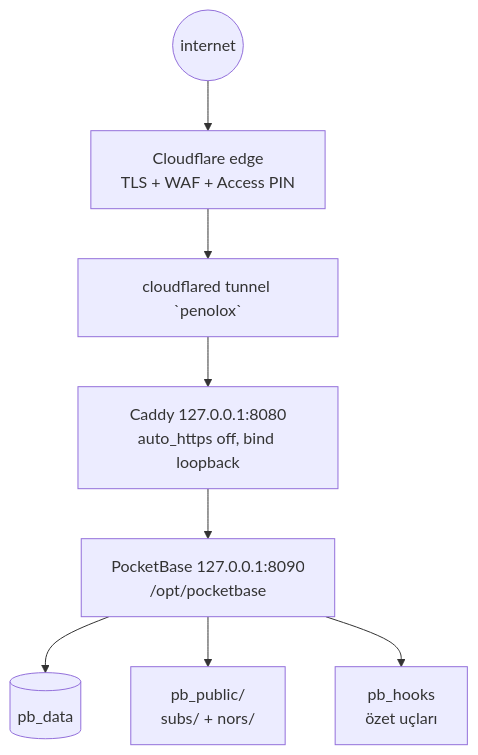
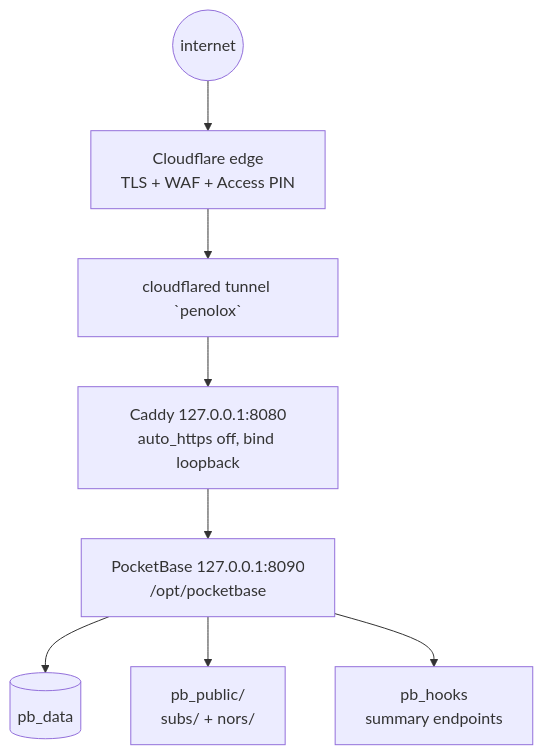
The diagram in seeds/penolox-server.md (burakboduroglu/nors), drawn with Mermaid before and after one commit. The commit also changed other lines of this file and 2 other files, not shown here.

````diff
--- a/seeds/penolox-server.md
+++ b/seeds/penolox-server.md
@@ -18,10 +18,10 @@
 ```mermaid
 flowchart TB
     net((internet)) --> edge[Cloudflare edge<br>TLS + WAF + Access PIN]
     edge --> tun[cloudflared tunnel `penolox`]
     tun --> caddy[Caddy 127.0.0.1:8080<br>auto_https off, bind loopback]
     caddy --> pb[PocketBase 127.0.0.1:8090<br>/opt/pocketbase]
     pb --> data[(pb_data)]
     pb --> pub[pb_public/<br>subs/ + nors/]
-    pb --> hooks[pb_hooks<br>özet uçları]
+    pb --> hooks[pb_hooks<br>summary endpoints]
 ```
````
